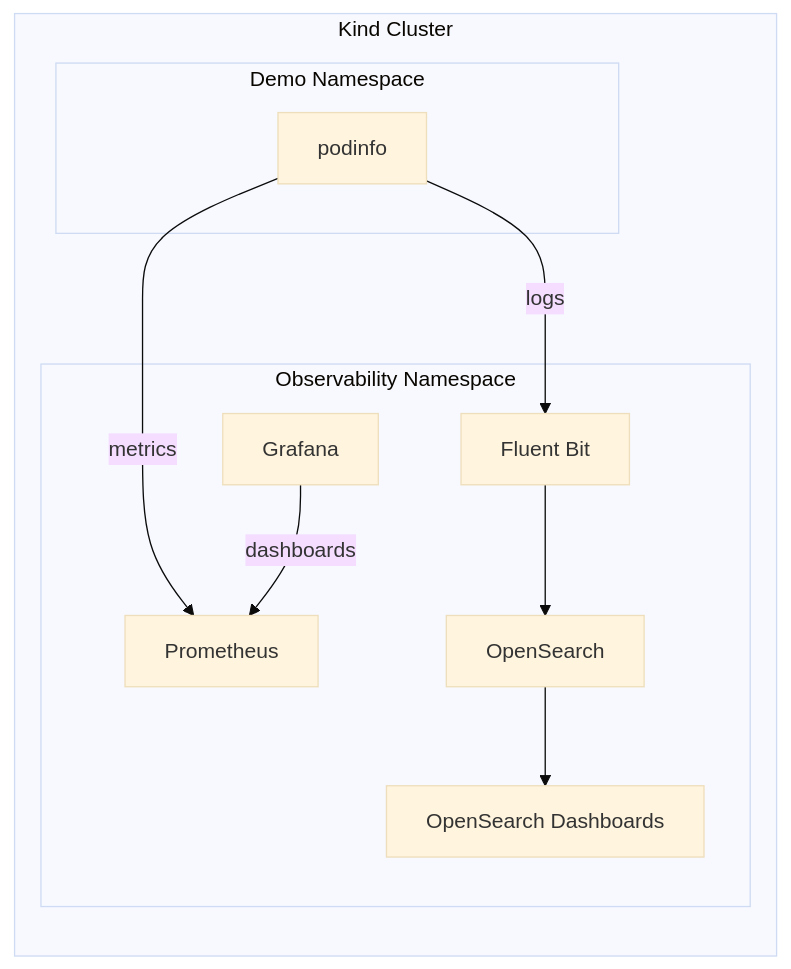
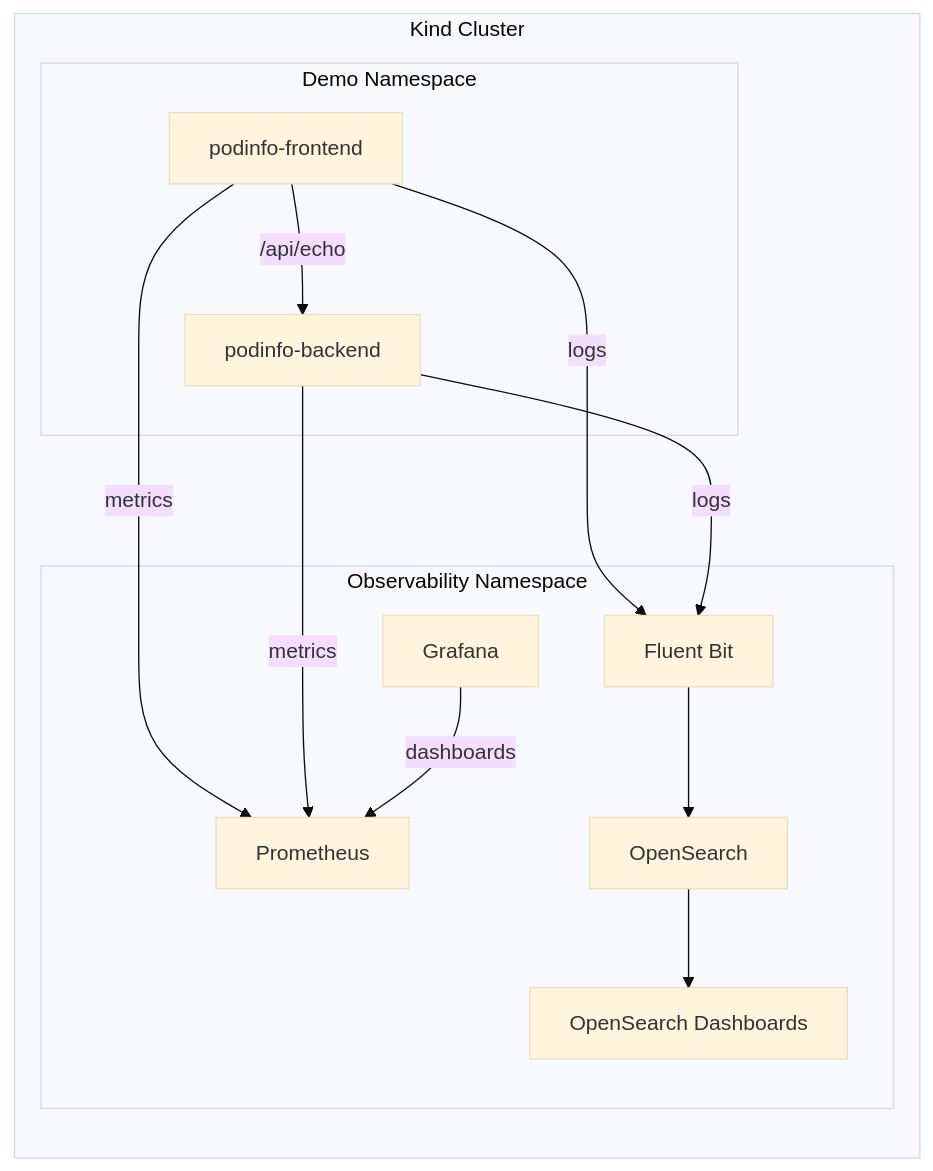
Before and after one commit to lukecassidy/kind-stack-observability: the diagram in README.md, drawn with Mermaid (base theme). The commit also changed other lines of this file and 4 other files, not shown here.

Commit message:
Add podinfo backend service

````diff
--- a/README.md
+++ b/README.md
@@ -48,20 +50,24 @@
 ```mermaid
 flowchart LR
     subgraph Kind Cluster
         subgraph Observability Namespace
             P[Prometheus]
             G[Grafana]
             OS[OpenSearch]
             FB[Fluent Bit]
             OSD[OpenSearch Dashboards]
         end
 
         subgraph Demo Namespace
-            PI[podinfo]
+            PIF[podinfo-frontend]
+            PIB[podinfo-backend]
         end
 
-        PI -->|metrics| P
-        PI -->|logs| FB --> OS --> OSD
+        PIF -->|/api/echo| PIB
+        PIF -->|metrics| P
+        PIB -->|metrics| P
+        PIF -->|logs| FB --> OS --> OSD
+        PIB -->|logs| FB
         G -->|dashboards| P
     end
 ```
````
